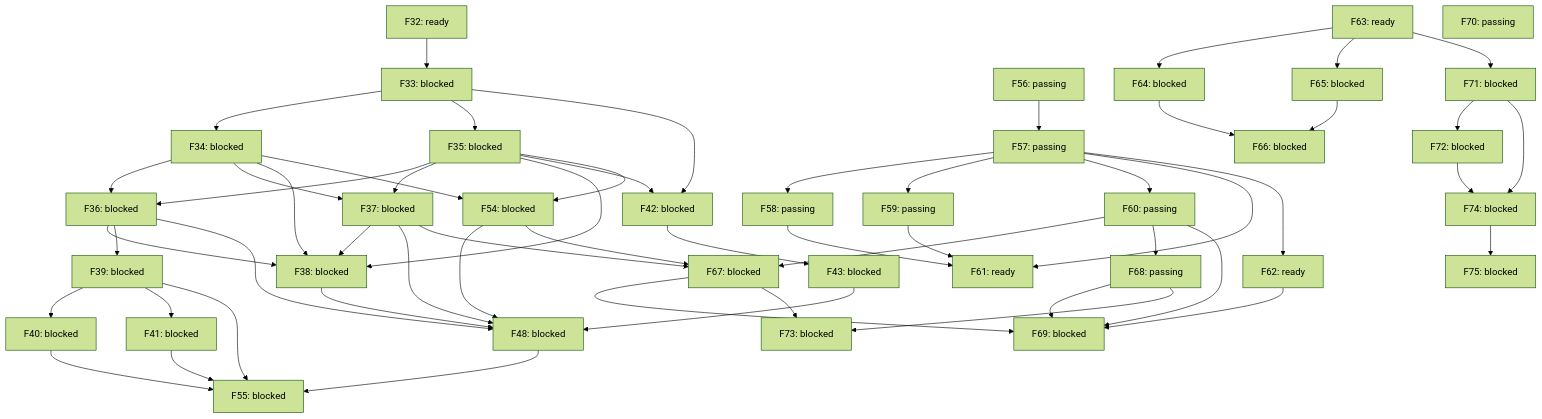
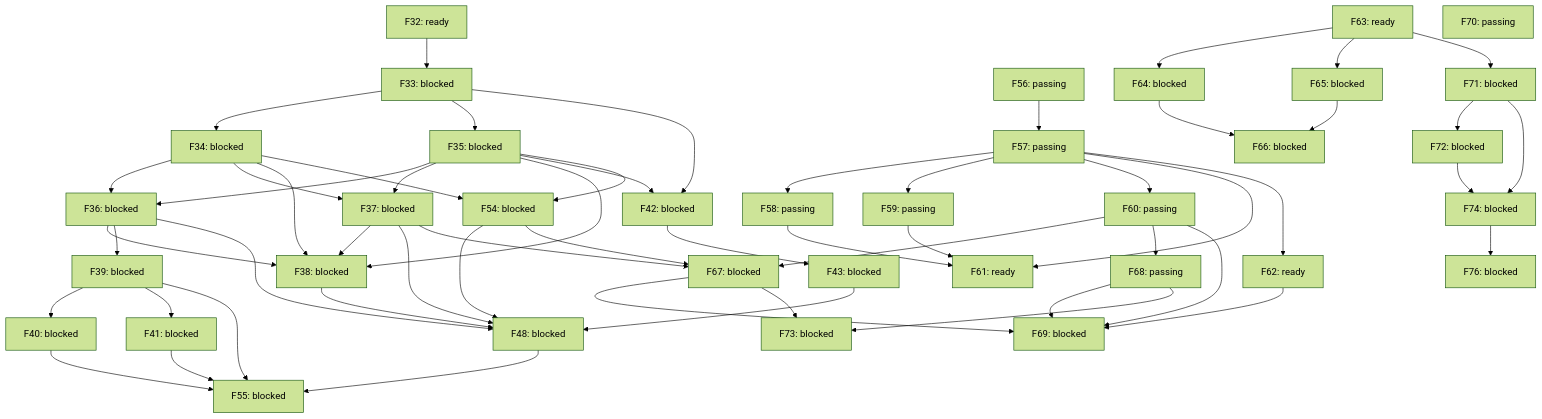
The diagram in docs/roadmap-graph.md (alex-nax/rengine), drawn with Mermaid (forest theme) before and after one commit. The commit also changed other lines of this file and 20 other files, not shown here.

````diff
--- a/docs/roadmap-graph.md
+++ b/docs/roadmap-graph.md
@@ -94,6 +94,6 @@
   F74["F74: blocked"]
   F71 --> F74
   F72 --> F74
-  F75["F75: blocked"]
-  F74 --> F75
+  F76["F76: blocked"]
+  F74 --> F76
 ```
````
